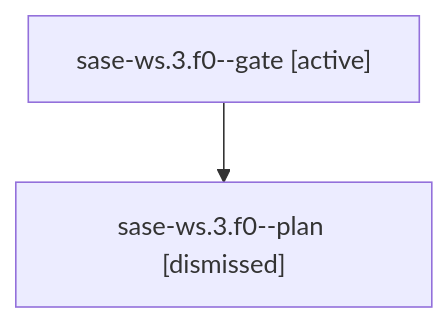
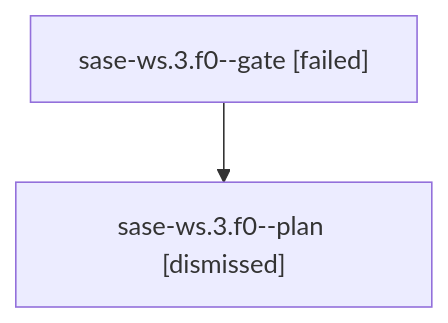
The diagram in sessions/bbugyi200.apollo.sase-ws.3.f0.md (sase-org/sase--agents), drawn with Mermaid before and after one commit. The commit also changed other lines of this file and 23 other files, not shown here.

````diff
--- a/sessions/bbugyi200.apollo.sase-ws.3.f0.md
+++ b/sessions/bbugyi200.apollo.sase-ws.3.f0.md
@@ -9,6 +9,6 @@
 ```mermaid
 flowchart TD
-  n0["sase-ws.3.f0--gate [active]"]
+  n0["sase-ws.3.f0--gate [failed]"]
   n1["sase-ws.3.f0--plan [dismissed]"]
   n0 --> n1
 ```
````
